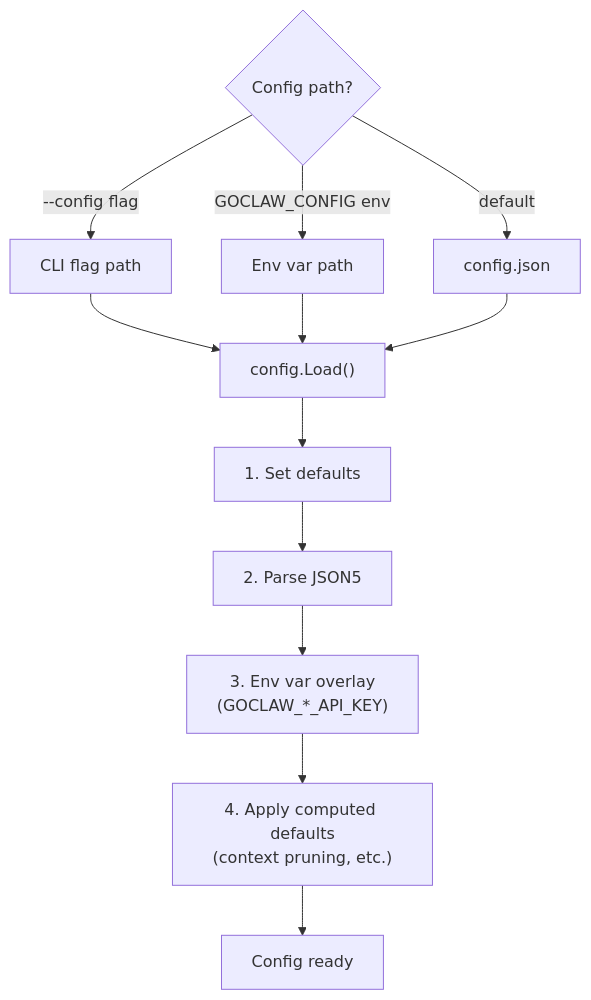
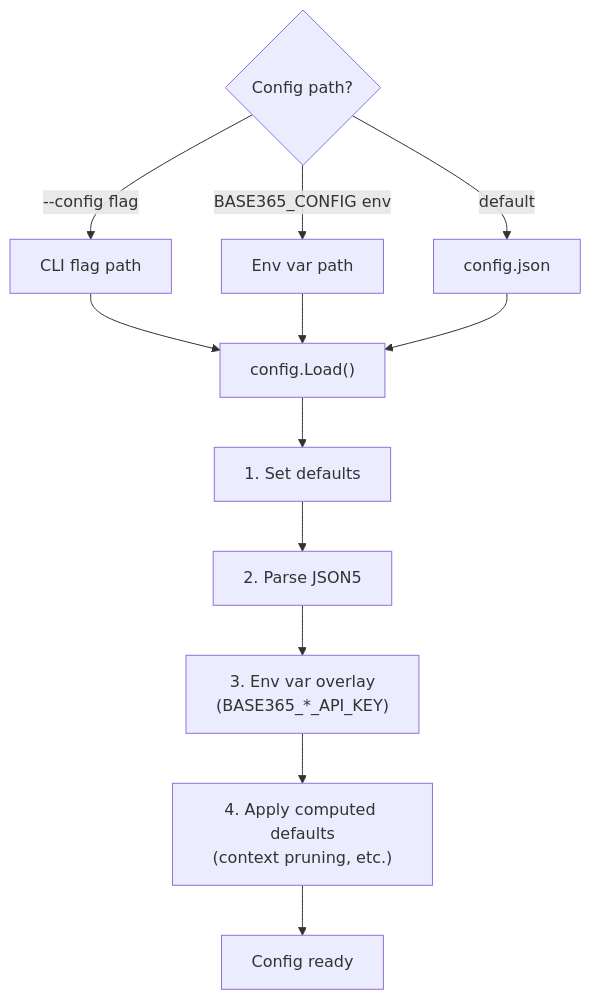
The sixth of 6 diagrams in docs/00-architecture-overview.md (edyoCampos/base365), drawn with Mermaid before and after one commit. The commit also changed other lines of this file and 2108 other files, not shown here.

````diff
--- a/docs/00-architecture-overview.md
+++ b/docs/00-architecture-overview.md
@@ -465,13 +465,13 @@
 ```mermaid
 flowchart TD
     A{Config path?} -->|--config flag| B[CLI flag path]
-    A -->|GOCLAW_CONFIG env| C[Env var path]
+    A -->|BASE365_CONFIG env| C[Env var path]
     A -->|default| D["config.json"]
 
     B & C & D --> LOAD["config.Load()"]
     LOAD --> S1["1. Set defaults"]
     S1 --> S2["2. Parse JSON5"]
-    S2 --> S3["3. Env var overlay<br/>(GOCLAW_*_API_KEY)"]
+    S2 --> S3["3. Env var overlay<br/>(BASE365_*_API_KEY)"]
     S3 --> S4["4. Apply computed defaults<br/>(context pruning, etc.)"]
     S4 --> READY[Config ready]
 ```
````
